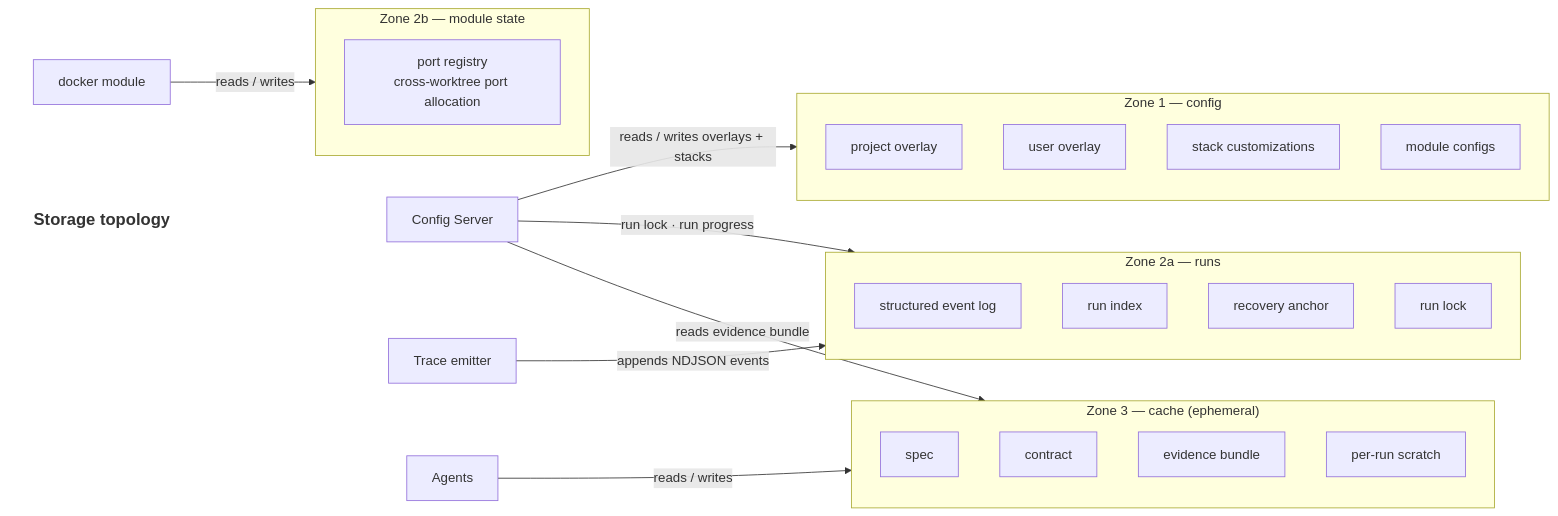
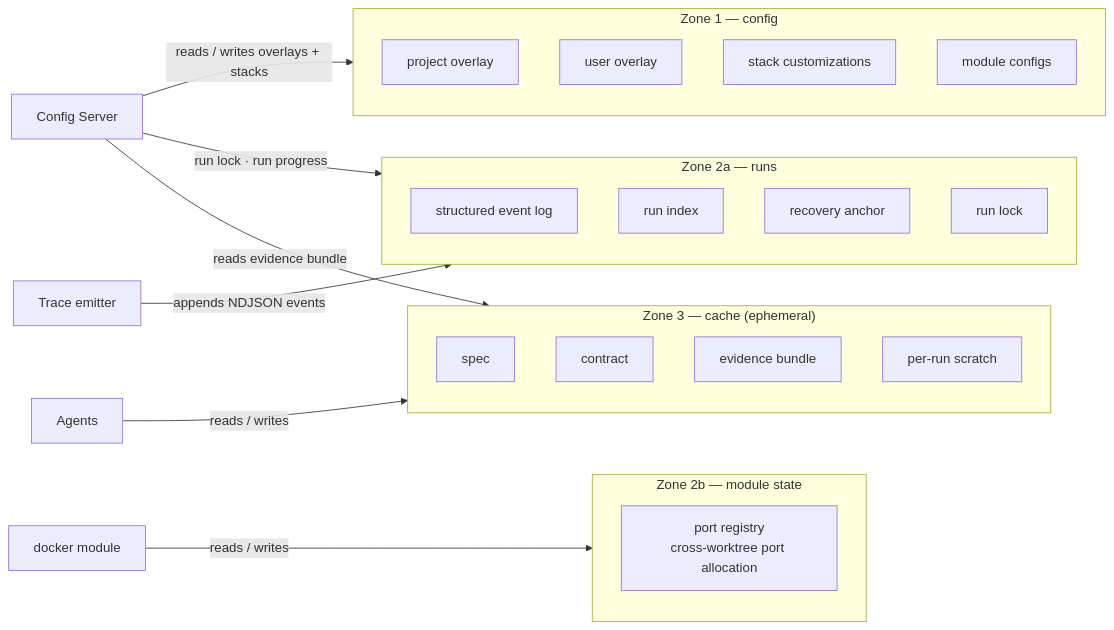
The fourth of 5 diagrams in documentation/subsystem-architecture.md (Thomas-AppForceOne/ClaudeAgents), drawn with Mermaid before and after one commit. The commit also changed other lines of this file, not shown here.

First line of the commit message:
docs: move titles to markdown headings, remove in-diagram title nodes

````diff
--- a/documentation/subsystem-architecture.md
+++ b/documentation/subsystem-architecture.md
@@ -169,47 +146,43 @@
 ```mermaid
 flowchart LR
-    TITLE["Storage topology"]:::diagramTitle
-    classDef diagramTitle font-size:20px,font-weight:bold,fill:none,stroke:none
-
     subgraph Z1["Zone 1 — config"]
         direction TB
         OVP["project overlay"]
         OVU["user overlay"]
         CST["stack customizations"]
         CMC["module configs"]
     end
 
     subgraph Z2R["Zone 2a — runs"]
         direction TB
         RT["structured event log"]
         RI["run index"]
         RA["recovery anchor"]
         RL["run lock"]
     end
 
     subgraph Z2M["Zone 2b — module state"]
         direction TB
         PR["port registry\ncross-worktree port allocation"]
     end
 
     subgraph Z3["Zone 3 — cache (ephemeral)"]
         direction TB
         SP["spec"]
         CO["contract"]
         EB["evidence bundle"]
         SC["per-run scratch"]
     end
 
     CS["Config Server"]
     TR["Trace emitter"]
     DK["docker module"]
     AG["Agents"]
 
-    TITLE ~~~ CS
     CS -->|"reads / writes overlays + stacks"| Z1
     CS -->|"run lock · run progress"| Z2R
     TR -->|"appends NDJSON events"| Z2R
     DK -->|"reads / writes"| Z2M
     AG -->|"reads / writes"| Z3
     CS -->|"reads evidence bundle"| Z3
 ```
````
